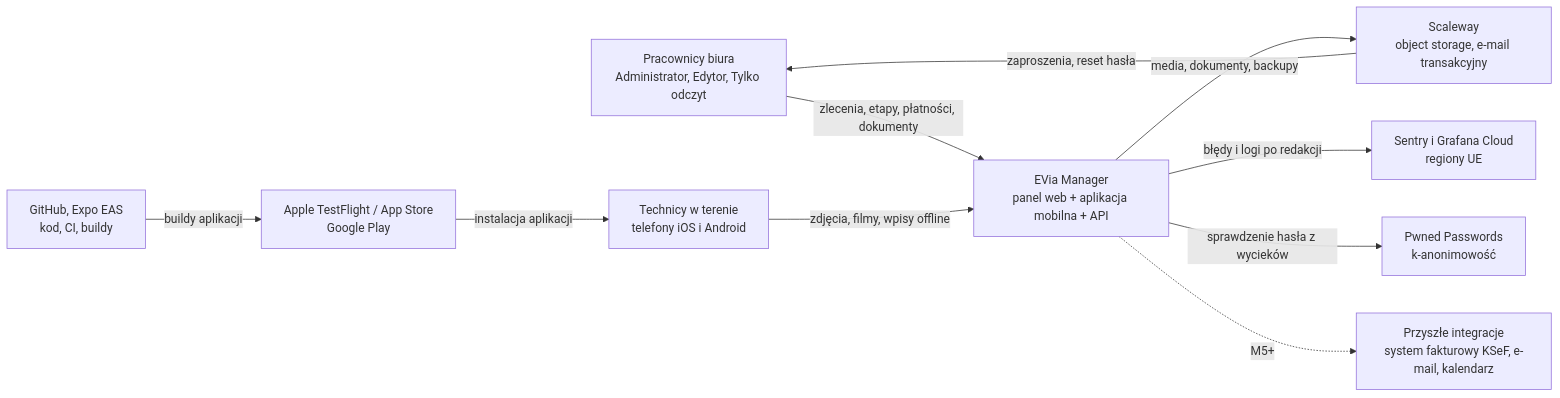
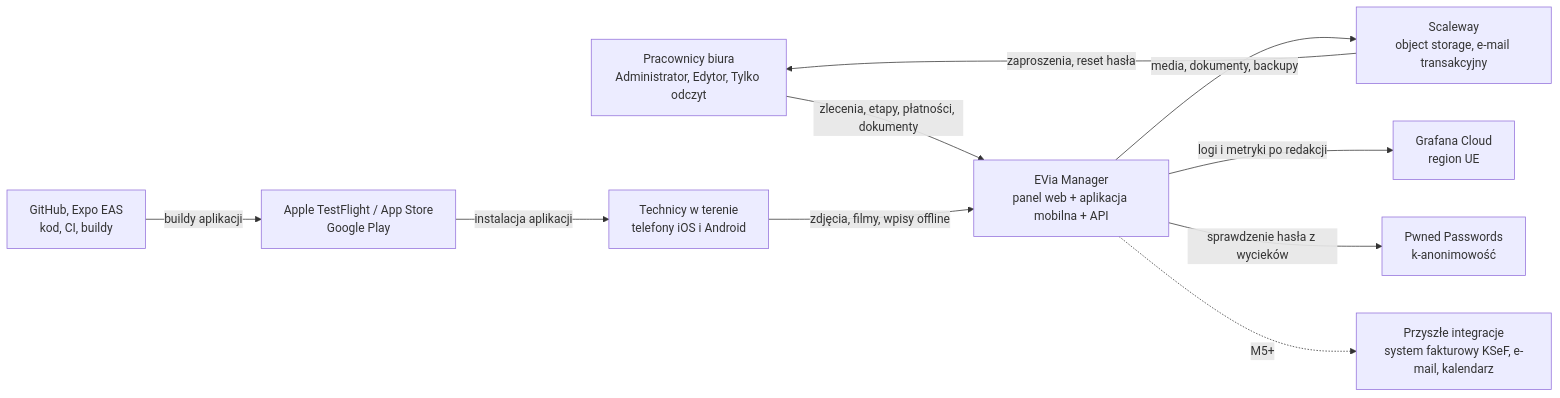
One commit to konradkluz/evia-manager changed the first of 3 diagrams in docs/architecture/README.md. Above: the diagram before and after it, drawn with Mermaid. The commit also changed other lines of this file and 92 other files, not shown here.

````diff
--- a/docs/architecture/README.md
+++ b/docs/architecture/README.md
@@ -64,21 +64,21 @@
 ```mermaid
 flowchart LR
   office["Pracownicy biura<br/>Administrator, Edytor, Tylko odczyt"]
   tech["Technicy w terenie<br/>telefony iOS i Android"]
   sys["EVia Manager<br/>panel web + aplikacja mobilna + API"]
   storage["Scaleway<br/>object storage, e-mail transakcyjny"]
   stores["Apple TestFlight / App Store<br/>Google Play"]
-  telemetry["Sentry i Grafana Cloud<br/>regiony UE"]
+  telemetry["Grafana Cloud<br/>region UE"]
   hibp["Pwned Passwords<br/>k-anonimowość"]
   devs["GitHub, Expo EAS<br/>kod, CI, buildy"]
   future["Przyszłe integracje<br/>system fakturowy KSeF, e-mail, kalendarz"]
   office -->|"zlecenia, etapy, płatności, dokumenty"| sys
   tech -->|"zdjęcia, filmy, wpisy offline"| sys
   sys -->|"media, dokumenty, backupy"| storage
   storage -->|"zaproszenia, reset hasła"| office
-  sys -->|"błędy i logi po redakcji"| telemetry
+  sys -->|"logi i metryki po redakcji"| telemetry
   sys -->|"sprawdzenie hasła z wycieków"| hibp
   devs -->|"buildy aplikacji"| stores
   stores -->|"instalacja aplikacji"| tech
   sys -.->|"M5+"| future
 ```
````
